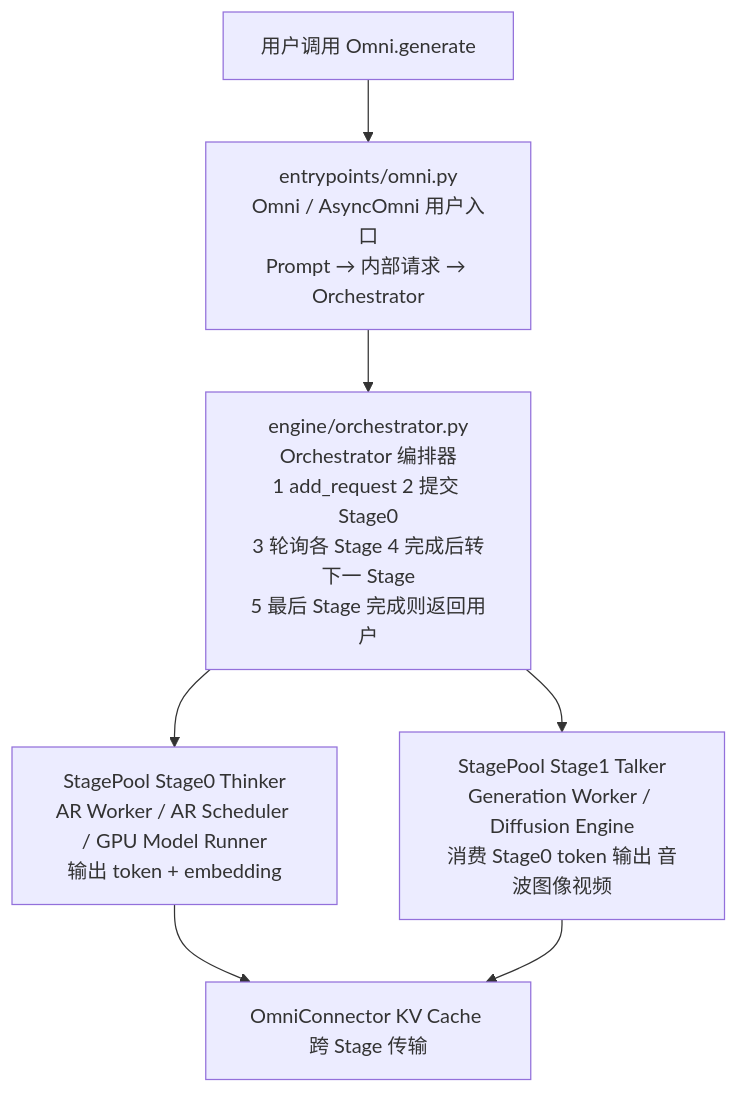
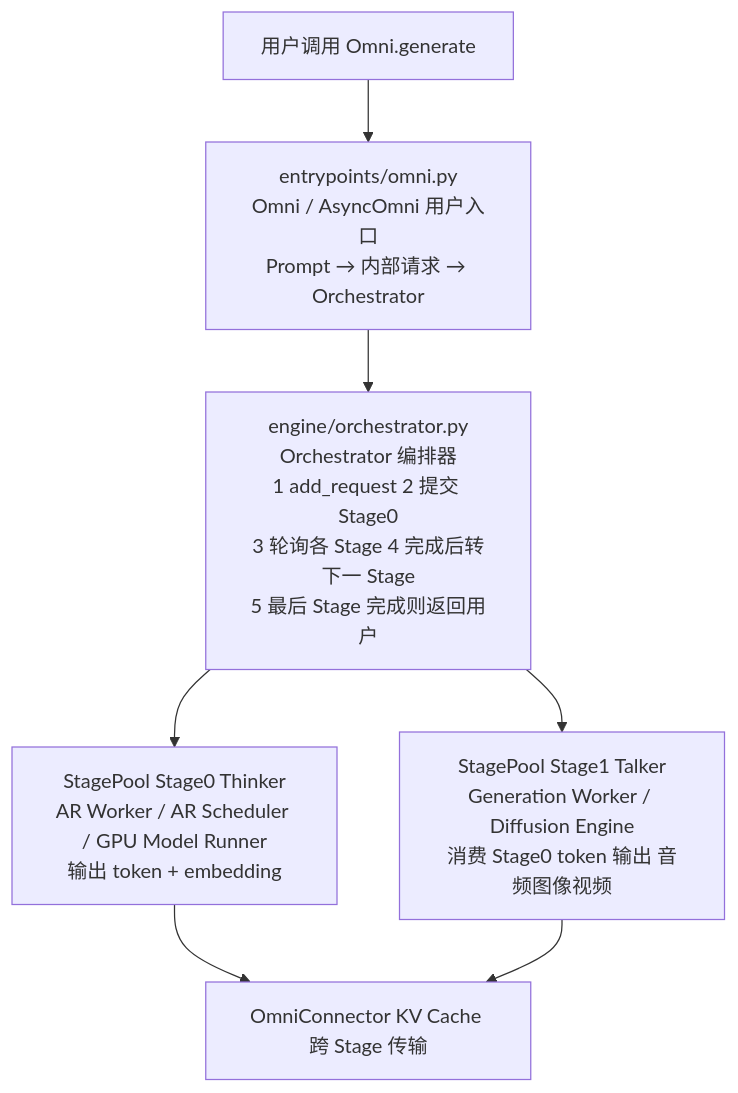
The first of 3 diagrams in vllm-omni-learning-path/README.md (keyuanweb/ai-learning-path), drawn with Mermaid before and after one commit. The commit also changed 176 other files, not shown here.

First line of the commit message:
docs: 全仓库文档校对修复——错别字/失效链接/Mermaid图/源码引用

````diff
--- a/vllm-omni-learning-path/README.md
+++ b/vllm-omni-learning-path/README.md
@@ -14,15 +14,15 @@
 ```mermaid
 flowchart TD
   user["用户调用 Omni.generate"]
   entry["entrypoints/omni.py<br/>Omni / AsyncOmni 用户入口<br/>Prompt → 内部请求 → Orchestrator"]
   orch["engine/orchestrator.py<br/>Orchestrator 编排器<br/>1 add_request 2 提交 Stage0<br/>3 轮询各 Stage 4 完成后转下一 Stage<br/>5 最后 Stage 完成则返回用户"]
   s0["StagePool Stage0 Thinker<br/>AR Worker / AR Scheduler / GPU Model Runner<br/>输出 token + embedding"]
-  s1["StagePool Stage1 Talker<br/>Generation Worker / Diffusion Engine<br/>消费 Stage0 token 输出 音波图像视频"]
+  s1["StagePool Stage1 Talker<br/>Generation Worker / Diffusion Engine<br/>消费 Stage0 token 输出 音频图像视频"]
   conn["OmniConnector KV Cache 跨 Stage 传输"]
 
   user --> entry --> orch
   orch --> s0
   orch --> s1
   s0 --> conn
   s1 --> conn
 ```
````
